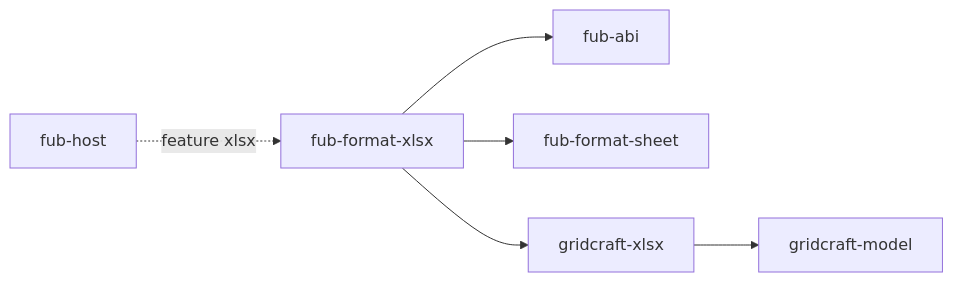
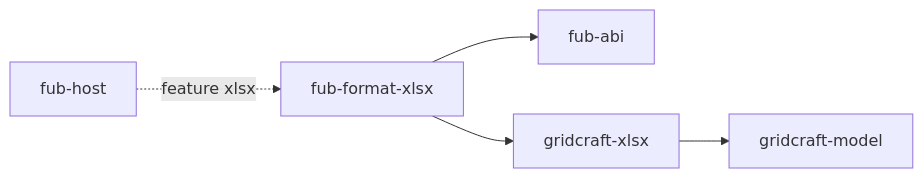
One commit to Fubeo/Fub changed the third of 3 diagrams in docs/architecture/components-and-boundaries.md. Above: the diagram before and after it, drawn with Mermaid. The commit also changed other lines of this file and 73 other files, not shown here.

````diff
--- a/docs/architecture/components-and-boundaries.md
+++ b/docs/architecture/components-and-boundaries.md
@@ -73,8 +71,7 @@
 ```mermaid
 flowchart LR
     HOST["fub-host"] -. "feature xlsx" .-> XLSX["fub-format-xlsx"]
     XLSX --> ABI["fub-abi"]
-    XLSX --> SHEET["fub-format-sheet"]
     XLSX --> GXLSX["gridcraft-xlsx"]
     GXLSX --> GMODEL["gridcraft-model"]
 ```
````
